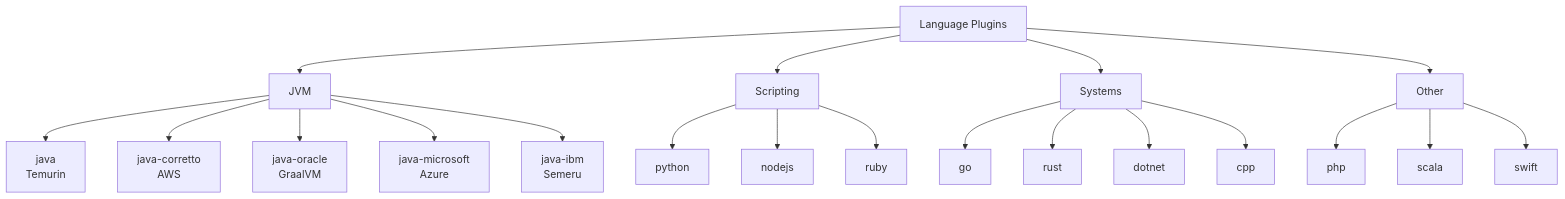
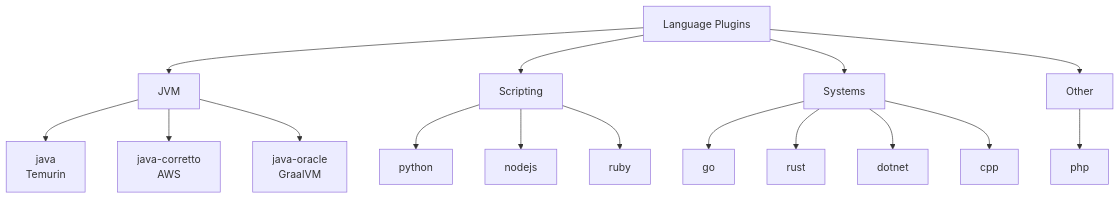
The diagram in docs/plugins/language.md (mwashburn160/pipeline-builder), drawn with Mermaid before and after one commit. The commit also changed other lines of this file and 25 other files, not shown here.

````diff
--- a/docs/plugins/language.md
+++ b/docs/plugins/language.md
@@ -5,27 +5,22 @@
 ```mermaid
 flowchart TB
     Lang[Language Plugins]
     Lang --> JVM[JVM]
     Lang --> Scripting[Scripting]
     Lang --> Systems[Systems]
     Lang --> Other[Other]
 
     JVM --> java[java\nTemurin]
     JVM --> corretto[java-corretto\nAWS]
     JVM --> oracle[java-oracle\nGraalVM]
-    JVM --> microsoft[java-microsoft\nAzure]
-    JVM --> ibm[java-ibm\nSemeru]
-
     Scripting --> python
     Scripting --> nodejs
     Scripting --> ruby
 
     Systems --> go
     Systems --> rust
     Systems --> dotnet
     Systems --> cpp
 
     Other --> php
-    Other --> scala
-    Other --> swift
 ```
````
